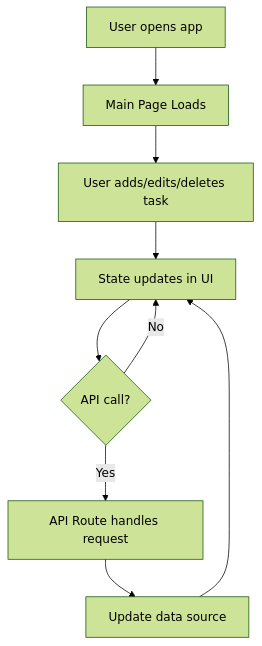
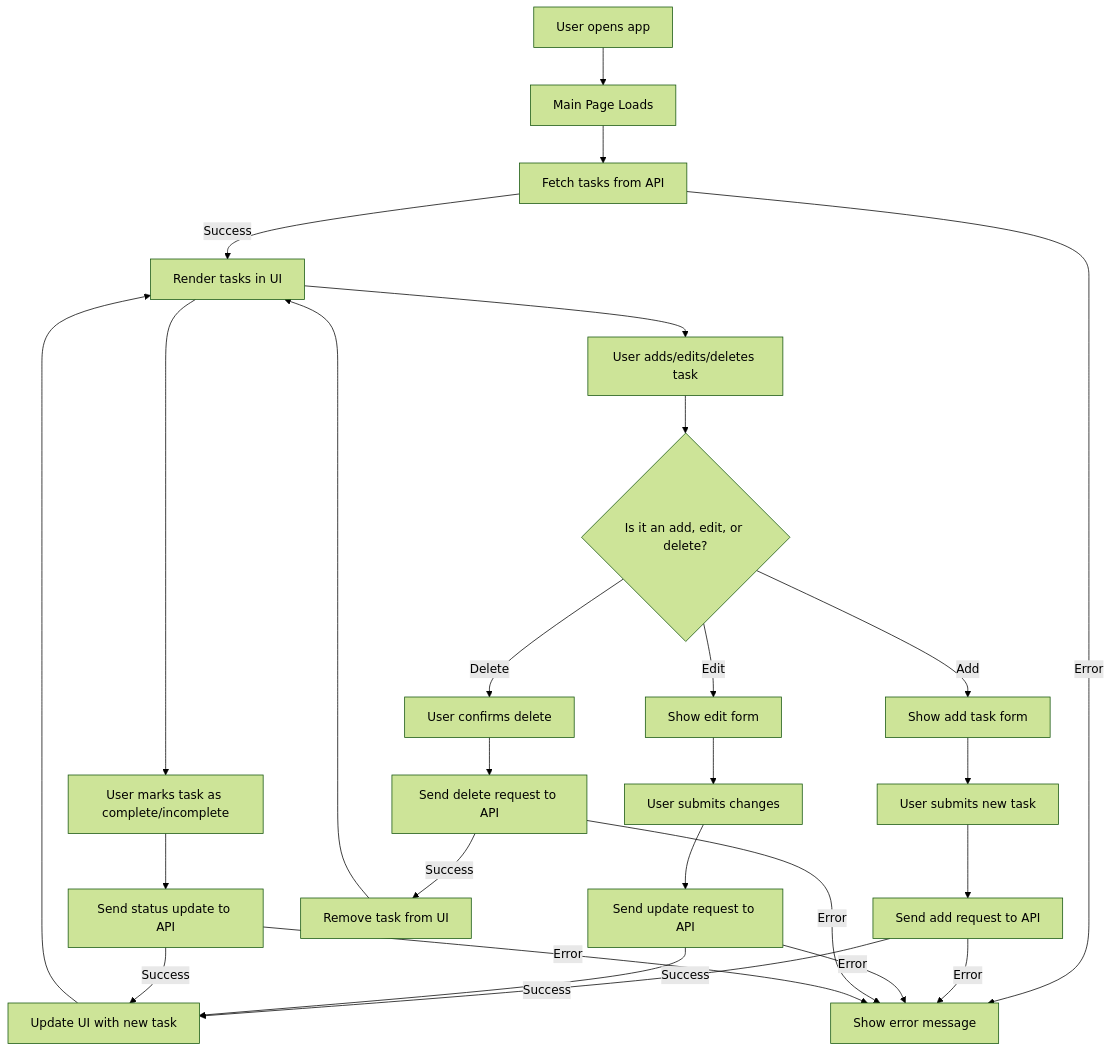
One commit to nilavtalukdar06/to-do-app changed the diagram in README.md. Above: the diagram before and after it, drawn with Mermaid (forest theme). The commit also changed other lines of this file, not shown here.

Commit message:
Updated flow diagram

````diff
--- a/README.md
+++ b/README.md
@@ -108,11 +113,29 @@
 ```mermaid
 flowchart TD
     A[User opens app] --> B[Main Page Loads]
-    B --> C[User adds/edits/deletes task]
-    C --> D[State updates in UI]
-    D --> E{API call?}
-    E -- Yes --> F[API Route handles request]
-    F --> G[Update data source]
-    G --> D
-    E -- No --> D
+    B --> C[Fetch tasks from API]
+    C -->|Success| D[Render tasks in UI]
+    C -->|Error| E[Show error message]
+    D --> F[User adds/edits/deletes task]
+    F --> G{Is it an add, edit, or delete?}
+    G -- Add --> H[Show add task form]
+    H --> I[User submits new task]
+    I --> J[Send add request to API]
+    J -->|Success| K[Update UI with new task]
+    J -->|Error| E
+    G -- Edit --> L[Show edit form]
+    L --> M[User submits changes]
+    M --> N[Send update request to API]
+    N -->|Success| K
+    N -->|Error| E
+    G -- Delete --> O[User confirms delete]
+    O --> P[Send delete request to API]
+    P -->|Success| Q[Remove task from UI]
+    P -->|Error| E
+    K --> D
+    Q --> D
+    D --> R[User marks task as complete/incomplete]
+    R --> S[Send status update to API]
+    S -->|Success| K
+    S -->|Error| E
 ```
````
